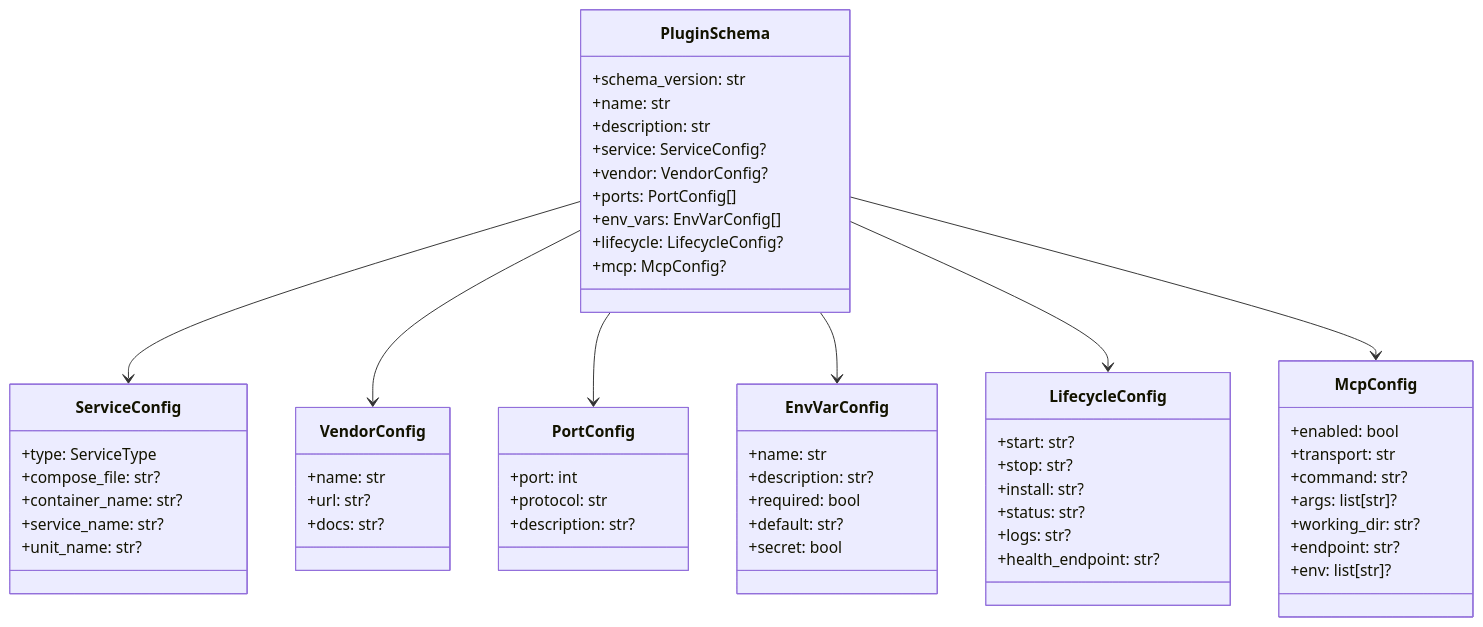
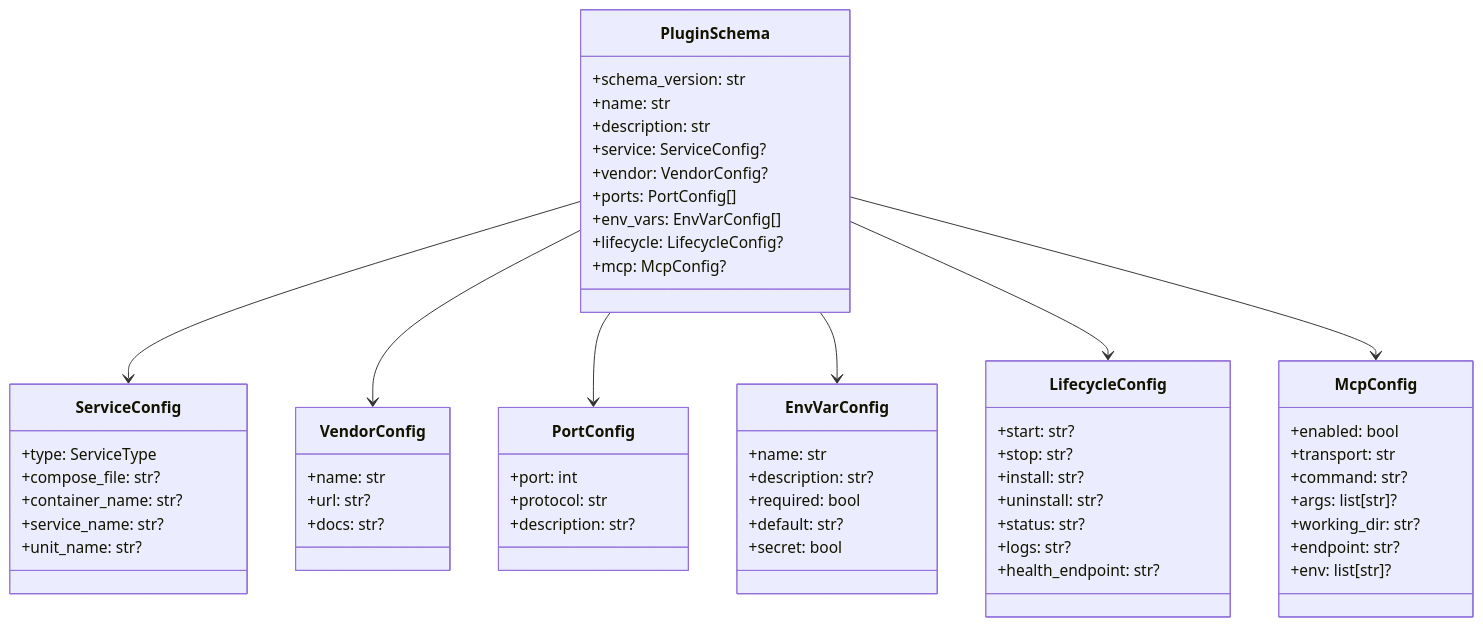
The diagram in docs/specs/plugin-schema.md (Svtoo/atk), drawn with Mermaid before and after one commit. The commit also changed other lines of this file and 4 other files, not shown here.

````diff
--- a/docs/specs/plugin-schema.md
+++ b/docs/specs/plugin-schema.md
@@ -45,68 +45,69 @@
 ```mermaid
 classDiagram
     class PluginSchema {
         +schema_version: str
         +name: str
         +description: str
         +service: ServiceConfig?
         +vendor: VendorConfig?
         +ports: PortConfig[]
         +env_vars: EnvVarConfig[]
         +lifecycle: LifecycleConfig?
         +mcp: McpConfig?
     }
     
     class ServiceConfig {
         +type: ServiceType
         +compose_file: str?
         +container_name: str?
         +service_name: str?
         +unit_name: str?
     }
     
     class VendorConfig {
         +name: str
         +url: str?
         +docs: str?
     }
     
     class PortConfig {
         +port: int
         +protocol: str
         +description: str?
     }
     
     class EnvVarConfig {
         +name: str
         +description: str?
         +required: bool
         +default: str?
         +secret: bool
     }
     
     class LifecycleConfig {
         +start: str?
         +stop: str?
         +install: str?
+        +uninstall: str?
         +status: str?
         +logs: str?
         +health_endpoint: str?
     }
     
     class McpConfig {
         +enabled: bool
         +transport: str
         +command: str?
         +args: list[str]?
         +working_dir: str?
         +endpoint: str?
         +env: list[str]?
     }
     
     PluginSchema --> ServiceConfig
     PluginSchema --> VendorConfig
     PluginSchema --> PortConfig
     PluginSchema --> EnvVarConfig
     PluginSchema --> LifecycleConfig
     PluginSchema --> McpConfig
 ```
````
